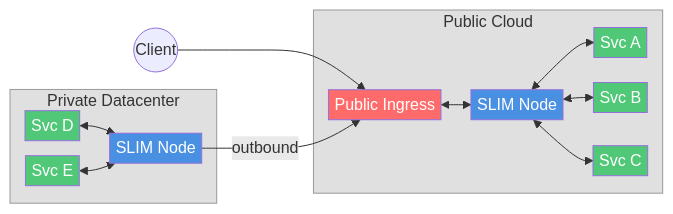
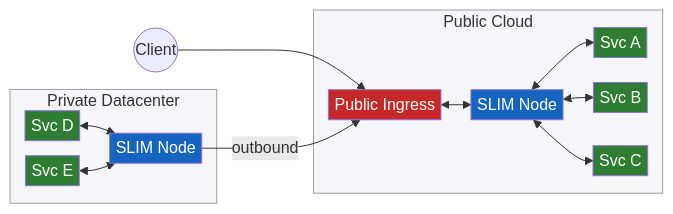
The second of 7 diagrams in presentations/slim-multicluster-demo/slim-multicluster-demo.md (agntcy/blogs), drawn with Mermaid before and after one commit. The commit also changed other lines of this file, not shown here.

````diff
--- a/presentations/slim-multicluster-demo/slim-multicluster-demo.md
+++ b/presentations/slim-multicluster-demo/slim-multicluster-demo.md
@@ -62,26 +64,26 @@
 ```mermaid
 %%{init: {'flowchart': {'nodeSpacing': 15, 'rankSpacing': 30, 'padding': 3}}}%%
 graph LR
     subgraph PRV["Private Datacenter"]
         S4[Svc D] <--> SN2[SLIM Node]
         S5[Svc E] <--> SN2
     end
     subgraph PUB["Public Cloud"]
         IG[Public Ingress] <--> SN1[SLIM Node]
         SN1 <--> S1[Svc A]
         SN1 <--> S2[Svc B]
         SN1 <--> S3[Svc C]
     end
     C((Client)) --> IG
     SN2 -- "outbound" --> IG
-    style IG fill:#FF6B6B,color:#fff
-    style SN1 fill:#4A90E2,color:#fff
-    style SN2 fill:#4A90E2,color:#fff
-    style S1 fill:#50C878,color:#fff
-    style S2 fill:#50C878,color:#fff
-    style S3 fill:#50C878,color:#fff
-    style S4 fill:#50C878,color:#fff
-    style S5 fill:#50C878,color:#fff
-    style PUB fill:#e0e0e0,stroke:#999,color:#333
-    style PRV fill:#e0e0e0,stroke:#999,color:#333
+    style IG fill:#C62828,color:#fff
+    style SN1 fill:#1565C0,color:#fff
+    style SN2 fill:#1565C0,color:#fff
+    style S1 fill:#2E7D32,color:#fff
+    style S2 fill:#2E7D32,color:#fff
+    style S3 fill:#2E7D32,color:#fff
+    style S4 fill:#2E7D32,color:#fff
+    style S5 fill:#2E7D32,color:#fff
+    style PUB fill:#F5F6FA,stroke:#9E9E9E,color:#333
+    style PRV fill:#F5F6FA,stroke:#9E9E9E,color:#333
 ```
````
